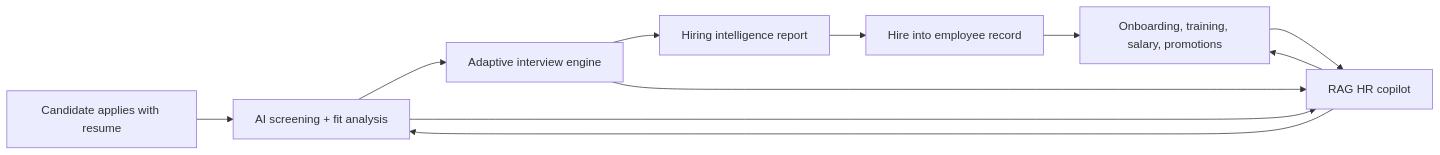
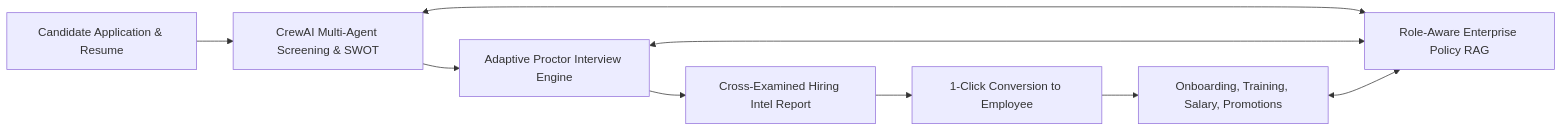
One commit to Advaith4/HRMS changed the first of 5 diagrams in README.md. Above: the diagram before and after it, drawn with Mermaid. The commit also changed other lines of this file and 3 other files, not shown here.

````diff
--- a/README.md
+++ b/README.md
@@ -7,17 +28,15 @@
 ```mermaid
 flowchart LR
-    Candidate[Candidate applies with resume]
-    Screening[AI screening + fit analysis]
-    Interview[Adaptive interview engine]
-    Intelligence[Hiring intelligence report]
-    Hire[Hire into employee record]
-    Lifecycle[Onboarding, training, salary, promotions]
-    Knowledge[RAG HR copilot]
+    Candidate[Candidate Application & Resume]
+    Screening[CrewAI Multi-Agent Screening & SWOT]
+    Interview[Adaptive Proctor Interview Engine]
+    Intelligence[Cross-Examined Hiring Intel Report]
+    Hire[1-Click Conversion to Employee]
+    Lifecycle[Onboarding, Training, Salary, Promotions]
+    Knowledge[Role-Aware Enterprise Policy RAG]
 
     Candidate --> Screening --> Interview --> Intelligence --> Hire --> Lifecycle
-    Screening --> Knowledge
-    Interview --> Knowledge
-    Lifecycle --> Knowledge
-    Knowledge --> Screening
-    Knowledge --> Lifecycle
+    Screening <--> Knowledge
+    Interview <--> Knowledge
+    Lifecycle <--> Knowledge
 ```
````
